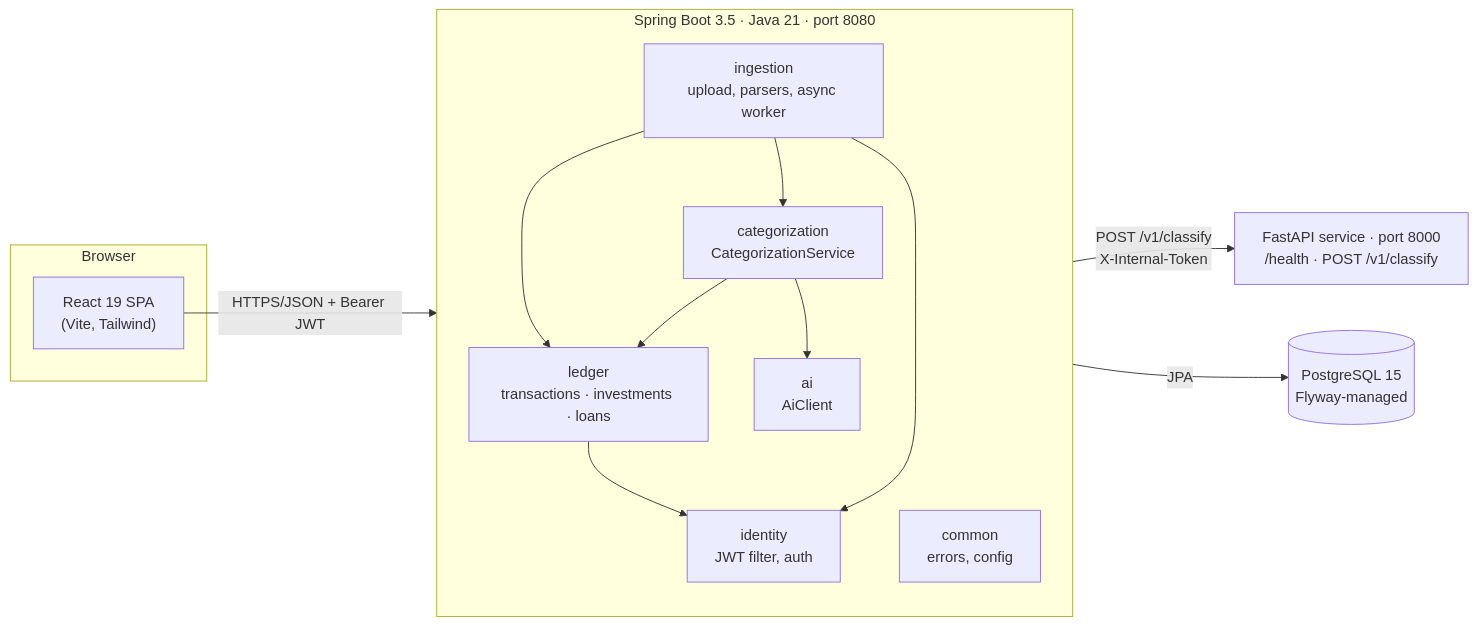
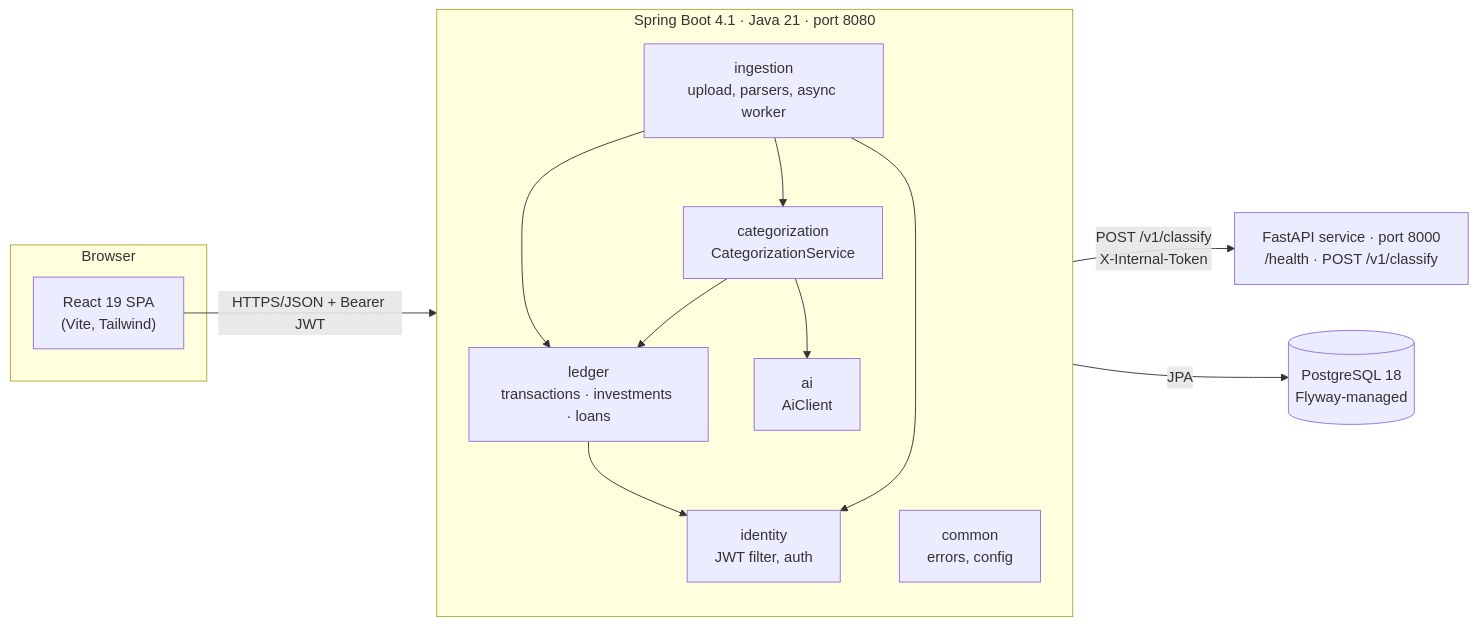
The first of 6 diagrams in docs/ARCHITECTURE.md (Viraj281105/Finguard-AI), drawn with Mermaid before and after one commit. The commit also changed other lines of this file and 21 other files, not shown here.

````diff
--- a/docs/ARCHITECTURE.md
+++ b/docs/ARCHITECTURE.md
@@ -11,26 +11,26 @@
 ```mermaid
 flowchart LR
     subgraph Browser
         SPA["React 19 SPA<br/>(Vite, Tailwind)"]
     end
-    subgraph JVM["Spring Boot 3.5 · Java 21 · port 8080"]
+    subgraph JVM["Spring Boot 4.1 · Java 21 · port 8080"]
         direction TB
         SEC["identity<br/>JWT filter, auth"]
         LED["ledger<br/>transactions · investments · loans"]
         ING["ingestion<br/>upload, parsers, async worker"]
         CAT["categorization<br/>CategorizationService"]
         AIC["ai<br/>AiClient"]
         COM["common<br/>errors, config"]
         ING --> LED
         ING --> CAT
         CAT --> LED
         CAT --> AIC
         LED --> SEC
         ING --> SEC
     end
-    DB[("PostgreSQL 15<br/>Flyway-managed")]
+    DB[("PostgreSQL 18<br/>Flyway-managed")]
     PY["FastAPI service · port 8000<br/>/health · POST /v1/classify"]
     SPA -- "HTTPS/JSON + Bearer JWT" --> JVM
     JVM -- JPA --> DB
     AIC -- "POST /v1/classify<br/>X-Internal-Token" --> PY
 ```
````
